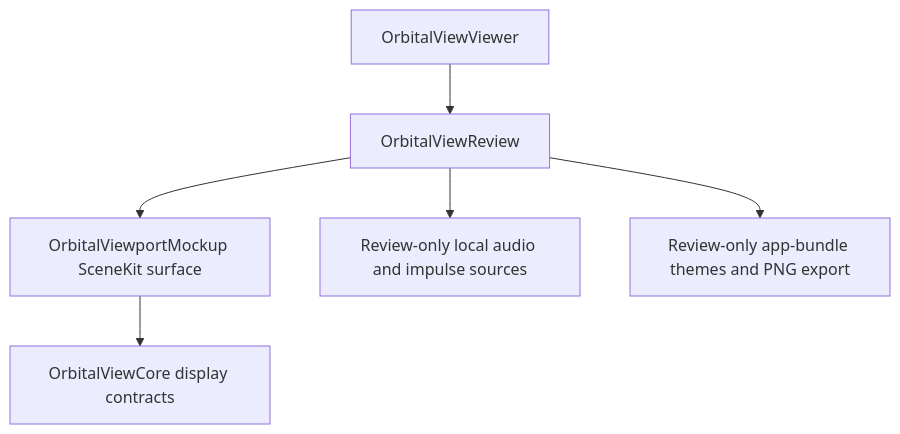
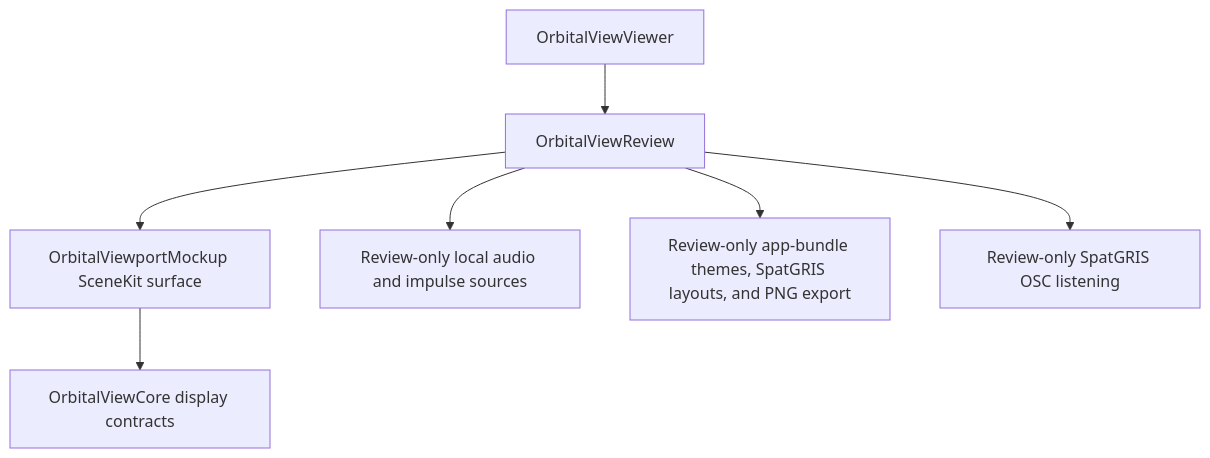
One commit to jebagu/orbital-view changed diagram 16 of 20 in docs/system-flows.md. Above: the diagram before and after it, drawn with Mermaid. The commit also changed other lines of this file and 25 other files, not shown here.

Commit message:
Expand review app UI and project docs

````diff
--- a/docs/system-flows.md
+++ b/docs/system-flows.md
@@ -202,8 +219,9 @@
 ```mermaid
 flowchart TD
   Viewer["OrbitalViewViewer"] --> Review["OrbitalViewReview"]
   Review --> Mockup["OrbitalViewportMockup SceneKit surface"]
   Review --> LocalAudio["Review-only local audio and impulse sources"]
-  Review --> Themes["Review-only app-bundle themes and PNG export"]
+  Review --> Themes["Review-only app-bundle themes, SpatGRIS layouts, and PNG export"]
+  Review --> OSC["Review-only SpatGRIS OSC listening"]
   Mockup --> Core["OrbitalViewCore display contracts"]
 ```
````
